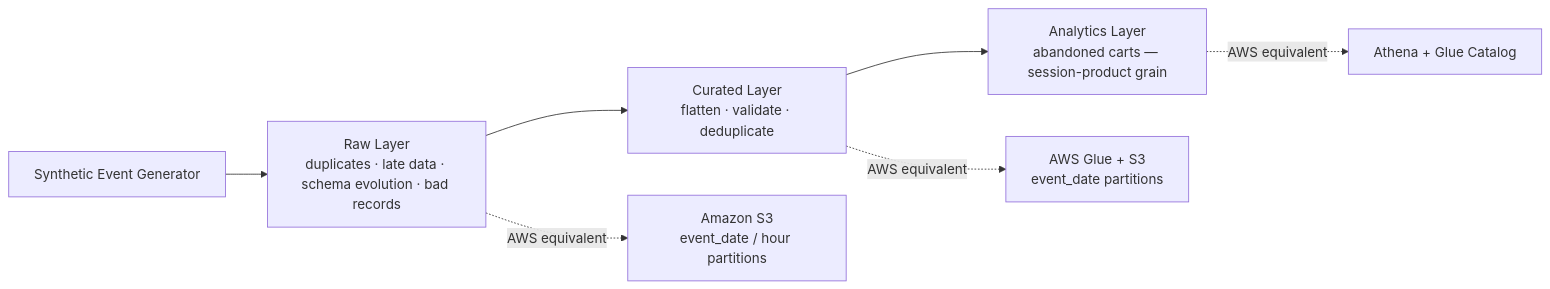
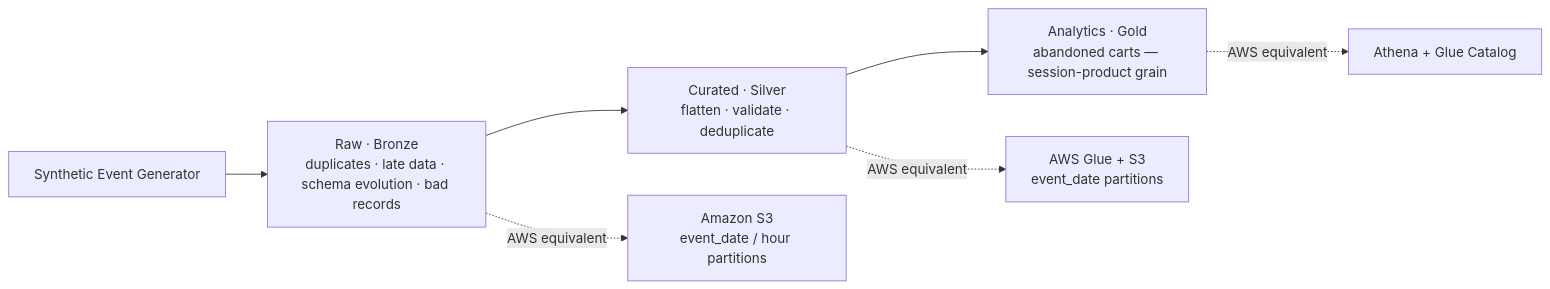
One commit to weronikajedrzejewska/aws-glue-ecommerce-events changed the diagram in README.md. Above: the diagram before and after it, drawn with Mermaid. The commit also changed other lines of this file and 11 other files, not shown here.

Commit message:
Add schemas, quarantine zone, CloudWatch monitoring, and edge-case tests

````diff
--- a/README.md
+++ b/README.md
@@ -23,10 +25,10 @@
 ```mermaid
 flowchart LR
-    A["Synthetic Event Generator"] --> B["Raw Layer\nduplicates · late data · schema evolution · bad records"]
-    B --> C["Curated Layer\nflatten · validate · deduplicate"]
-    C --> D["Analytics Layer\nabandoned carts — session-product grain"]
+    A["Synthetic Event Generator"] --> B["Raw · Bronze\nduplicates · late data · schema evolution · bad records"]
+    B --> C["Curated · Silver\nflatten · validate · deduplicate"]
+    C --> D["Analytics · Gold\nabandoned carts — session-product grain"]
 
     B -. "AWS equivalent" .-> E["Amazon S3\nevent_date / hour partitions"]
     C -. "AWS equivalent" .-> F["AWS Glue + S3\nevent_date partitions"]
     D -. "AWS equivalent" .-> G["Athena + Glue Catalog"]
 ```
````
